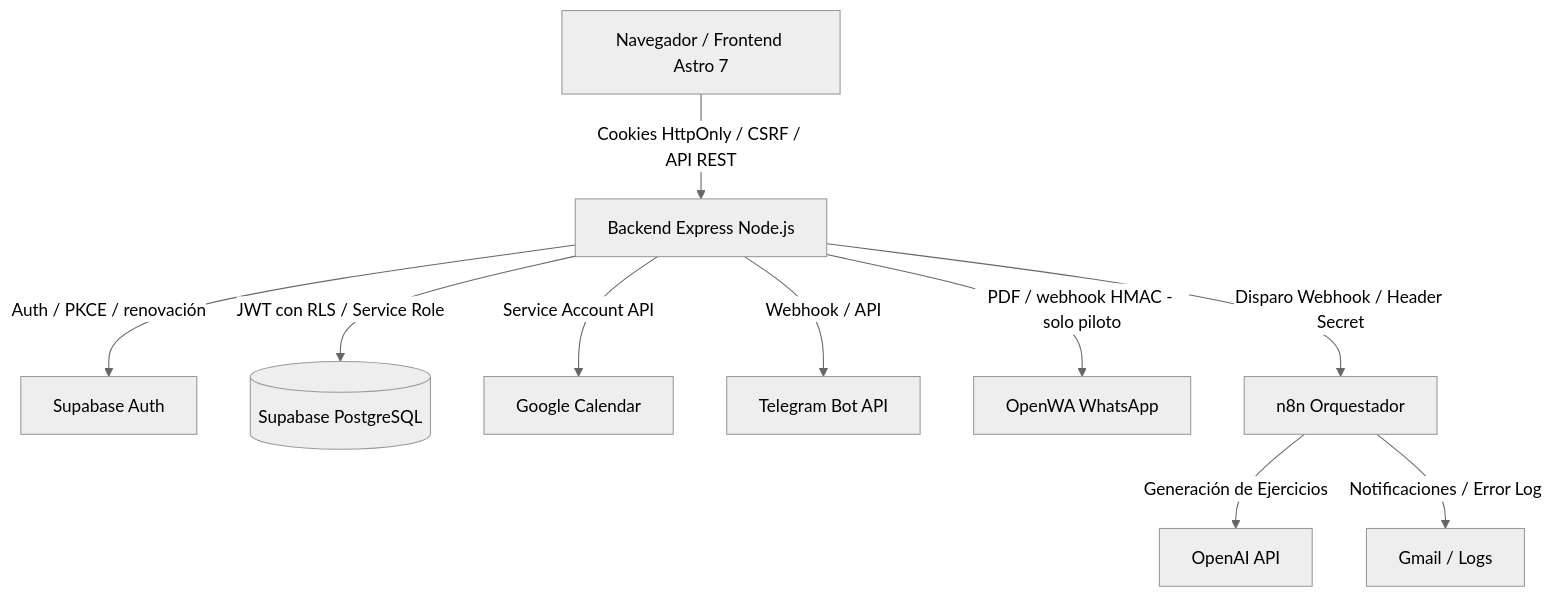
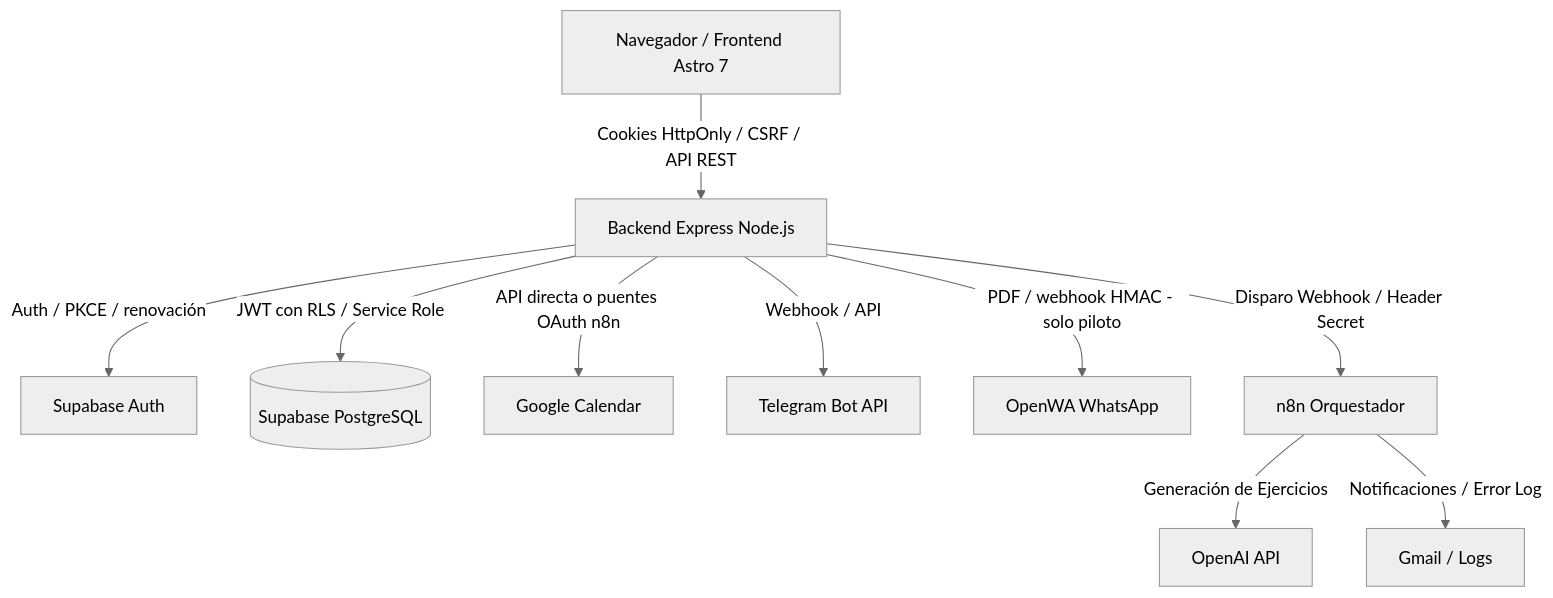
One commit to raulruizproyectos/Fisio_IA_Agent changed the first of 2 diagrams in docs/ARCHITECTURE.md. Above: the diagram before and after it, drawn with Mermaid (neutral theme). The commit also changed other lines of this file and 45 other files, not shown here.

````diff
--- a/docs/ARCHITECTURE.md
+++ b/docs/ARCHITECTURE.md
@@ -19,12 +25,12 @@
 ```mermaid
 graph TD
     Client[Navegador / Frontend Astro 7] -->|Cookies HttpOnly / CSRF / API REST| Backend[Backend Express Node.js]
     Backend -->|Auth / PKCE / renovación| SupabaseAuth[Supabase Auth]
     Backend -->|JWT con RLS / Service Role| Postgres[(Supabase PostgreSQL)]
-    Backend -->|Service Account API| GCal[Google Calendar]
+    Backend -->|API directa o puentes OAuth n8n| GCal[Google Calendar]
     Backend -->|Webhook / API| Telegram[Telegram Bot API]
     Backend -->|PDF / webhook HMAC - solo piloto| OpenWA[OpenWA WhatsApp]
     Backend -->|Disparo Webhook / Header Secret| N8N[n8n Orquestador]
     N8N -->|Generación de Ejercicios| OpenAI[OpenAI API]
     N8N -->|Notificaciones / Error Log| InternalAlerts[Gmail / Logs]
 ```
````
